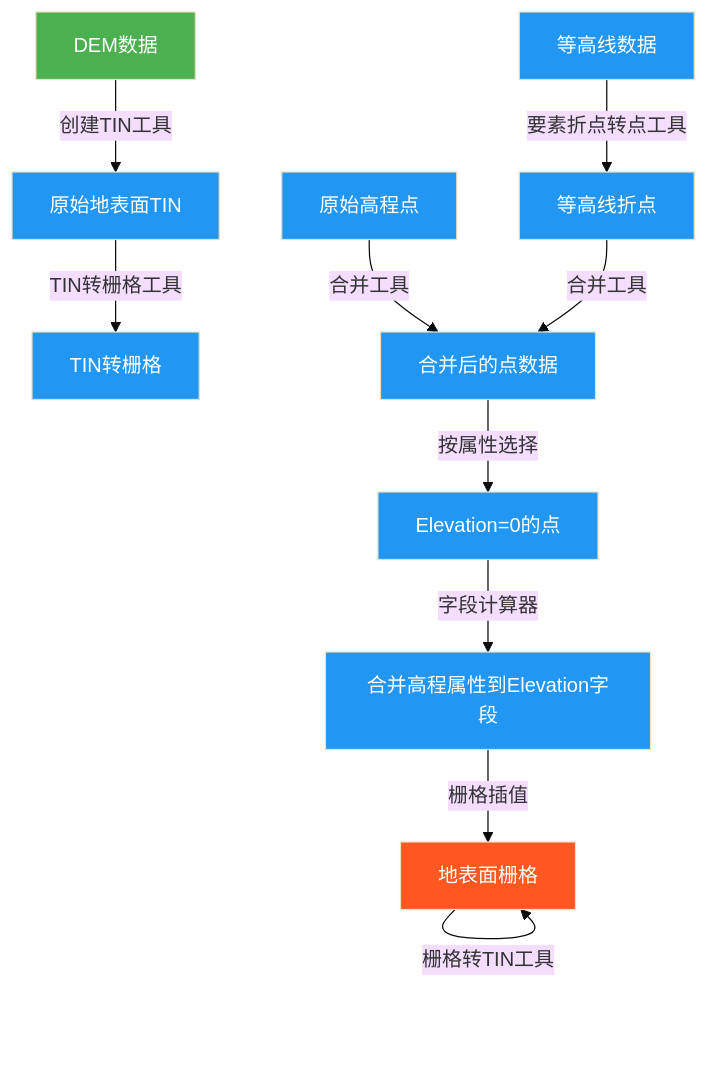
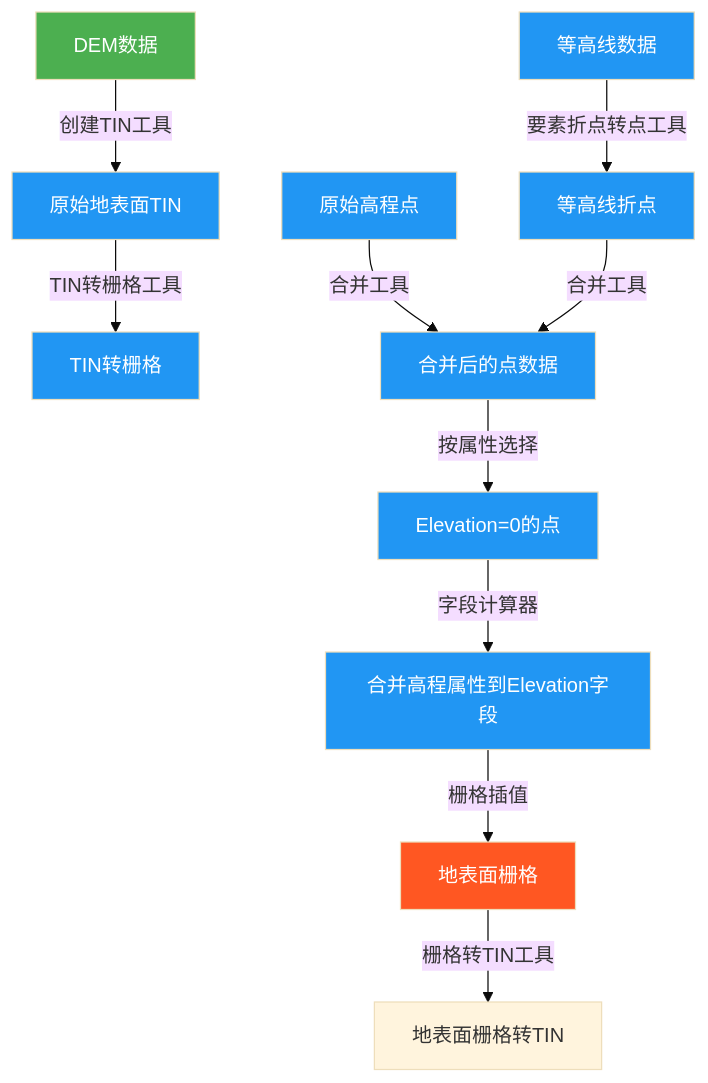
One commit to newguser/iodraw-files changed the diagram in all/未命名.md. Above: the diagram before and after it, drawn with Mermaid (base theme).

Commit message:
2025-02-27 21:36:12 update

````diff
--- a/all/未命名.md
+++ b/all/未命名.md
@@ -1,17 +1,17 @@
 ```mermaid
 graph TD
     A[DEM数据] -->|创建TIN工具| B[原始地表面TIN]
     B -->|TIN转栅格工具| C[TIN转栅格]
         D1[等高线数据] -->|要素折点转点工具| D2[等高线折点]
         D3[原始高程点] -->|合并工具| D4[合并后的点数据]
         D2 -->|合并工具| D4
         D4 -->|按属性选择| D5[Elevation=0的点]
         D5 -->|字段计算器| D6[合并高程属性到Elevation字段]
         D6 -->|栅格插值| D[地表面栅格]
-        D[地表面栅格]-->|栅格转TIN工具| D[地表面栅格]
+        D[地表面栅格]-->|栅格转TIN工具| E[地表面栅格转TIN]
 
     style A fill:#4CAF50,color:white
     style D fill:#FF5722,color:white
     classDef process fill:#2196F3,color:white;
     class B,C,D1,D2,D3,D4,D5,D6 process
 ```
````
